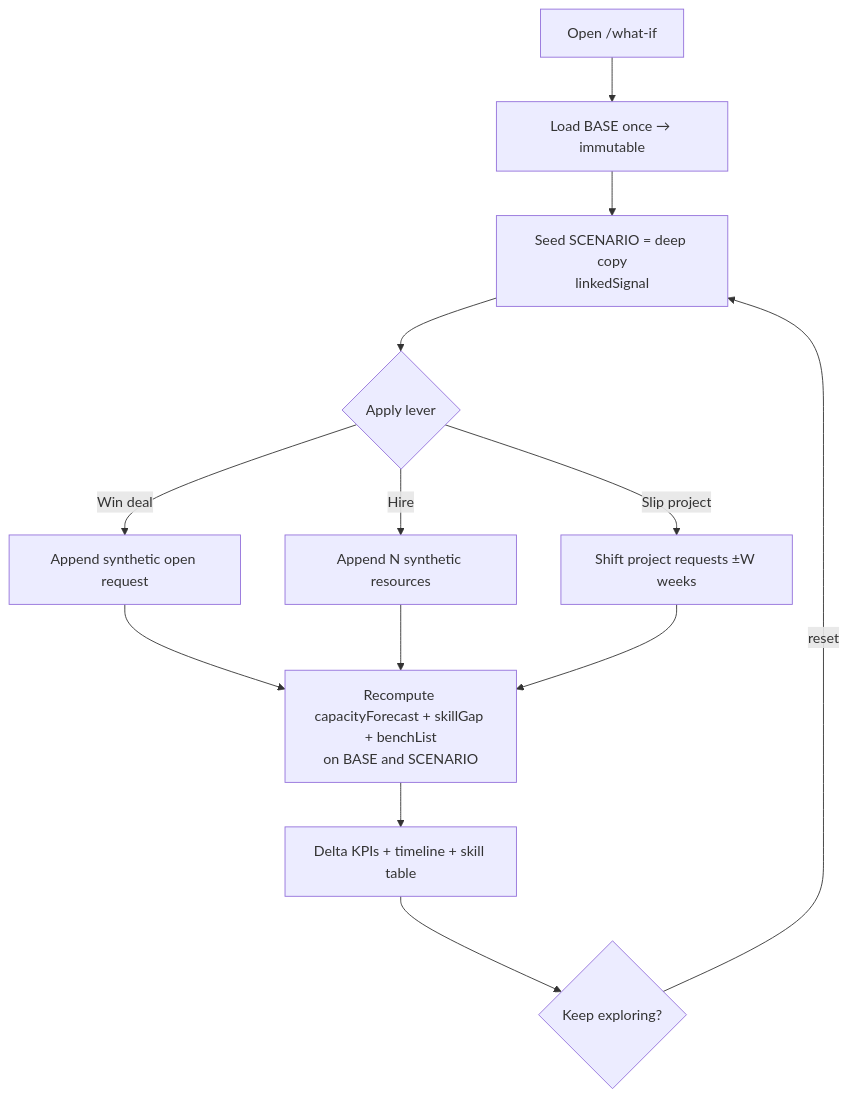
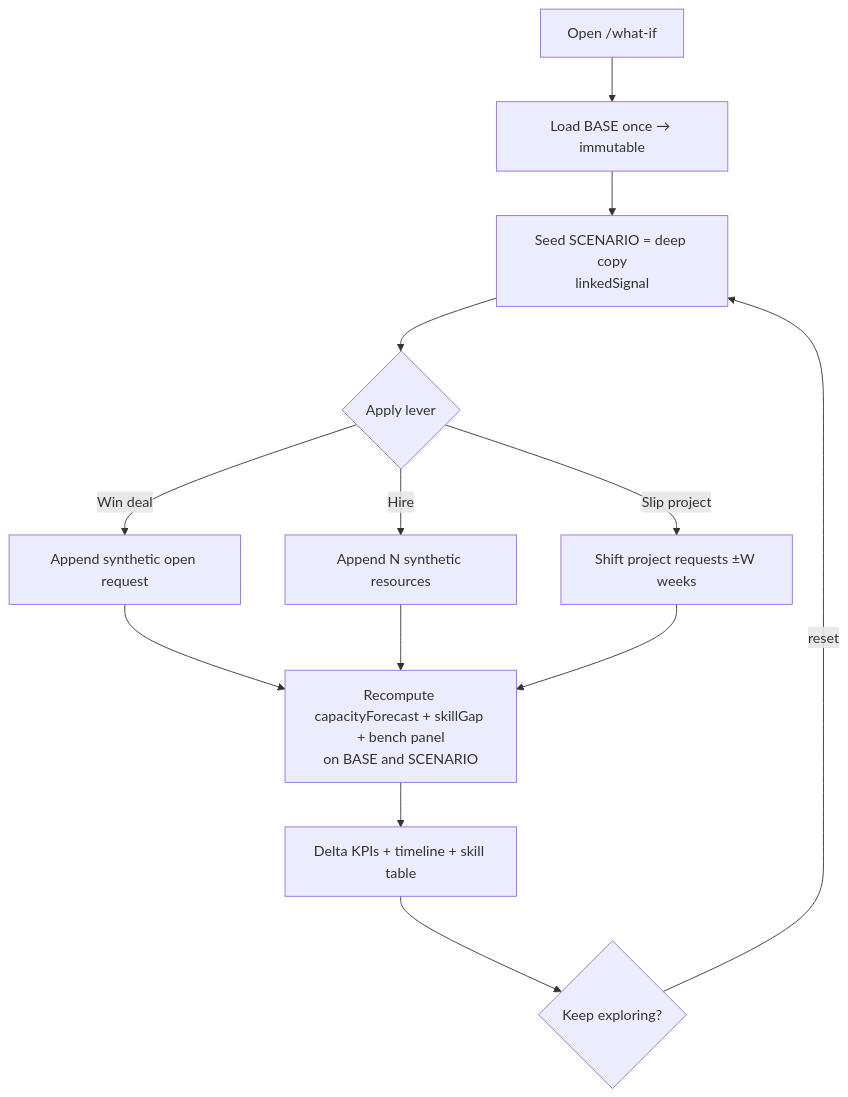
Before and after one commit to Raistlin82/project-resource-mgmt: diagram 11 of 11 in docs/functional/resource-management.md, drawn with Mermaid. The commit also changed other lines of this file and 1 other file, not shown here.

````diff
--- a/docs/functional/resource-management.md
+++ b/docs/functional/resource-management.md
@@ -928,13 +941,13 @@
 ```mermaid
 flowchart TD
   A[Open /what-if] --> B[Load BASE once → immutable]
   B --> C[Seed SCENARIO = deep copy<br/>linkedSignal]
   C --> D{Apply lever}
   D -->|Win deal| E[Append synthetic open request]
   D -->|Hire| F[Append N synthetic resources]
   D -->|Slip project| G[Shift project requests ±W weeks]
-  E & F & G --> H[Recompute capacityForecast + skillGap + benchList<br/>on BASE and SCENARIO]
+  E & F & G --> H[Recompute capacityForecast + skillGap + bench panel<br/>on BASE and SCENARIO]
   H --> I[Delta KPIs + timeline + skill table]
   I --> J{Keep exploring?}
   J -->|reset| C
 ```
````
